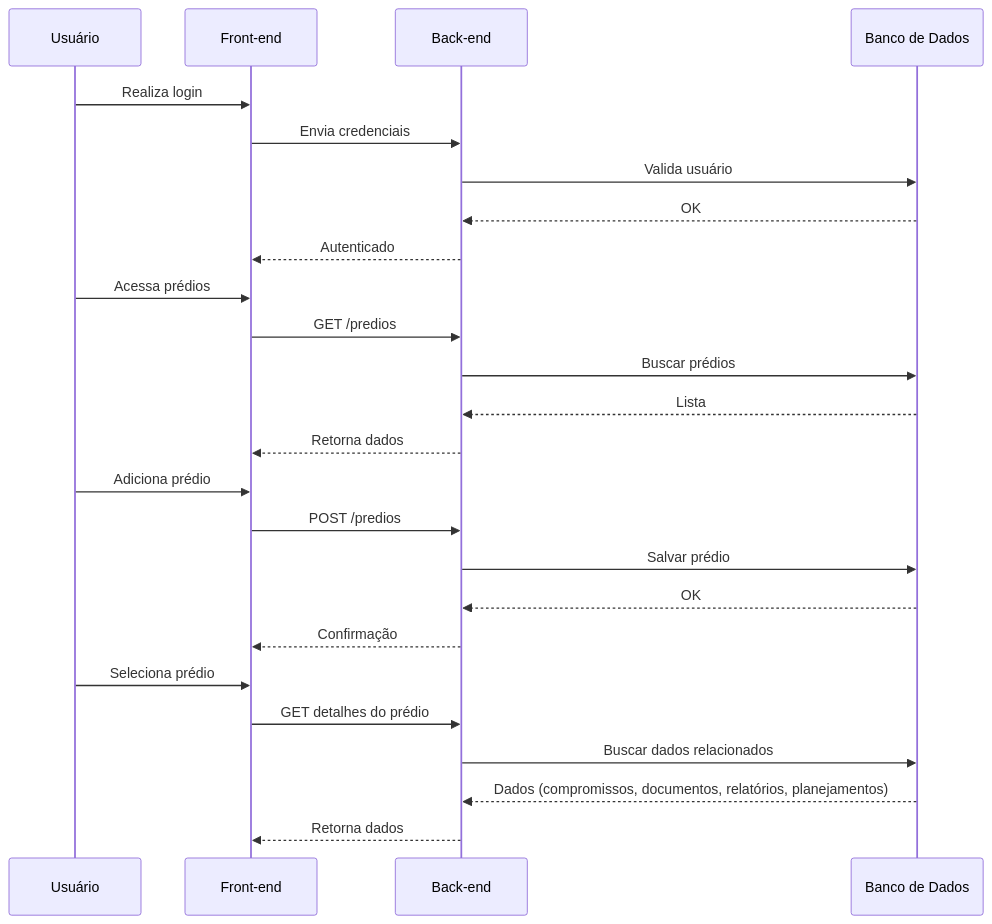
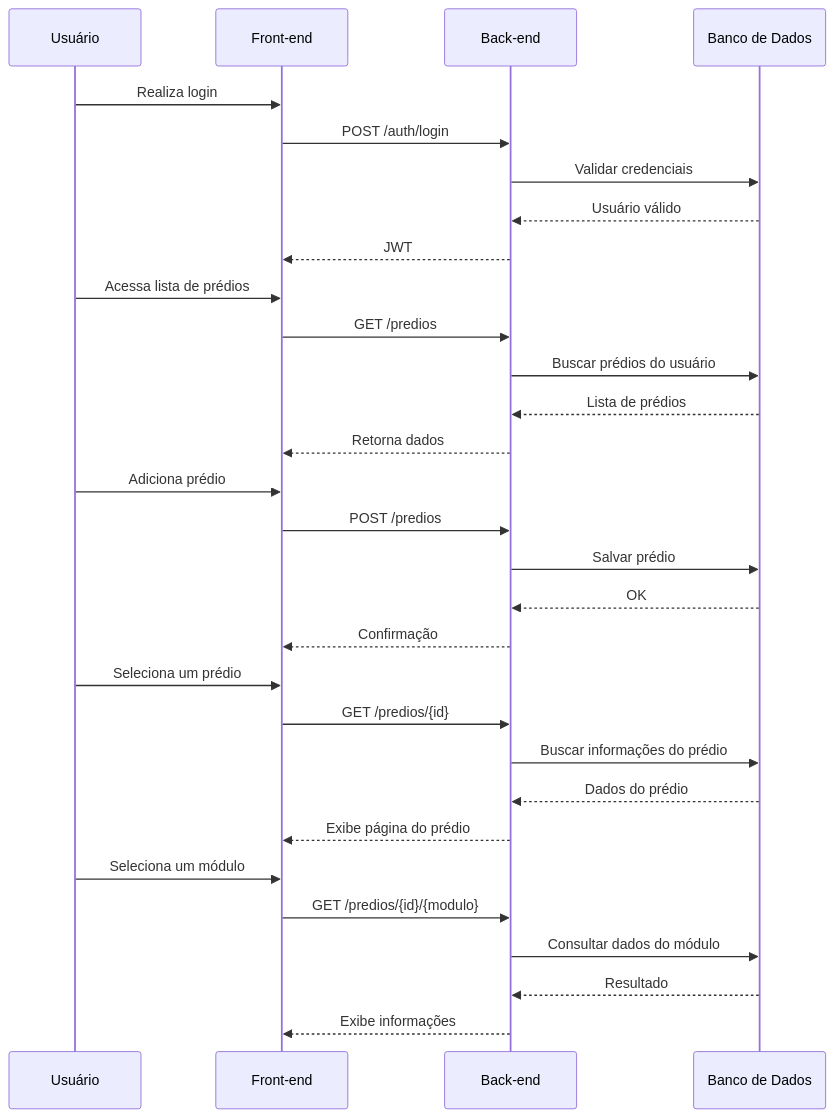
Diagram 11 of 15 in documentation/RFC/RFC.md (pdrollucas/euSindico), drawn with Mermaid before and after one commit. The commit also changed other lines of this file, not shown here.

First line of the commit message:
Docs: Update project version and enhance flow diagrams

````diff
--- a/documentation/RFC/RFC.md
+++ b/documentation/RFC/RFC.md
@@ -527,32 +568,38 @@
 ```mermaid
 sequenceDiagram
 
 participant U as Usuário
 participant FE as Front-end
 participant API as Back-end
 participant DB as Banco de Dados
 
 U->>FE: Realiza login
-FE->>API: Envia credenciais
-API->>DB: Valida usuário
-DB-->>API: OK
-API-->>FE: Autenticado
+FE->>API: POST /auth/login
+API->>DB: Validar credenciais
+DB-->>API: Usuário válido
+API-->>FE: JWT
 
-U->>FE: Acessa prédios
+U->>FE: Acessa lista de prédios
 FE->>API: GET /predios
-API->>DB: Buscar prédios
-DB-->>API: Lista
+API->>DB: Buscar prédios do usuário
+DB-->>API: Lista de prédios
 API-->>FE: Retorna dados
 
 U->>FE: Adiciona prédio
 FE->>API: POST /predios
 API->>DB: Salvar prédio
 DB-->>API: OK
 API-->>FE: Confirmação
 
-U->>FE: Seleciona prédio
-FE->>API: GET detalhes do prédio
-API->>DB: Buscar dados relacionados
-DB-->>API: Dados (compromissos, documentos, relatórios, planejamentos)
-API-->>FE: Retorna dados
+U->>FE: Seleciona um prédio
+FE->>API: GET /predios/{id}
+API->>DB: Buscar informações do prédio
+DB-->>API: Dados do prédio
+API-->>FE: Exibe página do prédio
+
+U->>FE: Seleciona um módulo
+FE->>API: GET /predios/{id}/{modulo}
+API->>DB: Consultar dados do módulo
+DB-->>API: Resultado
+API-->>FE: Exibe informações
 ```
````
